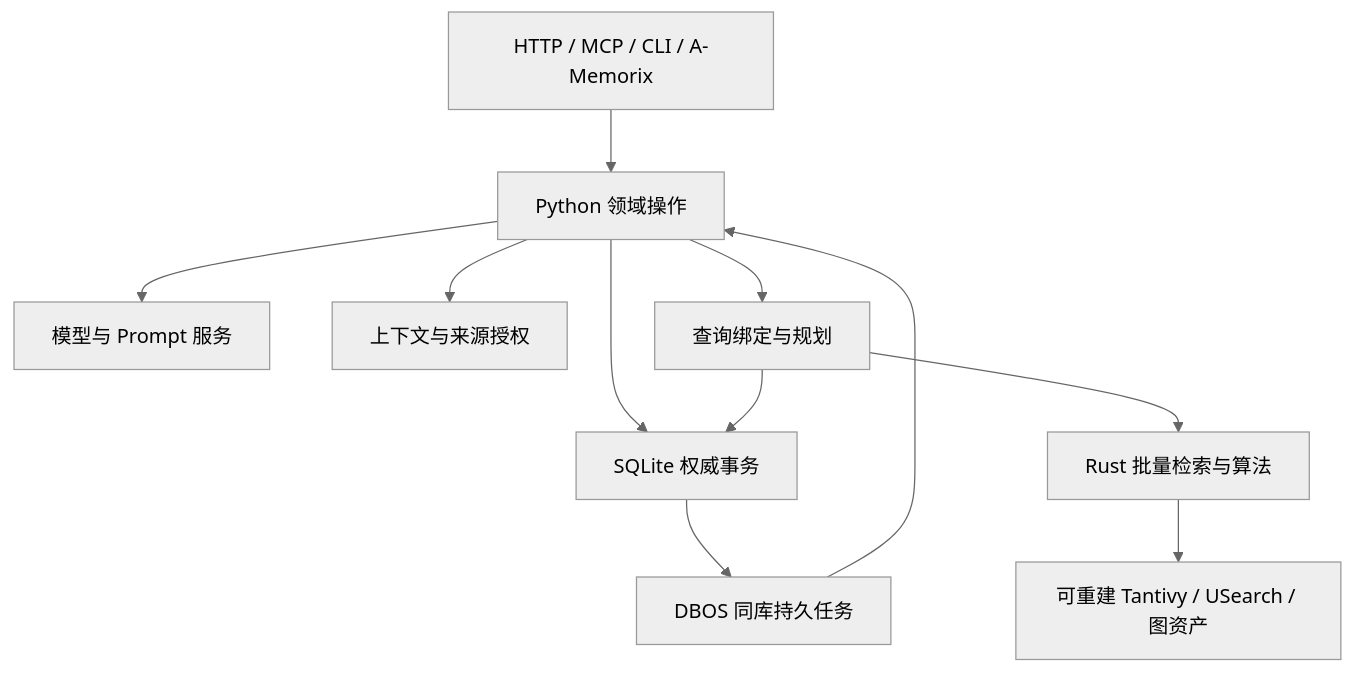
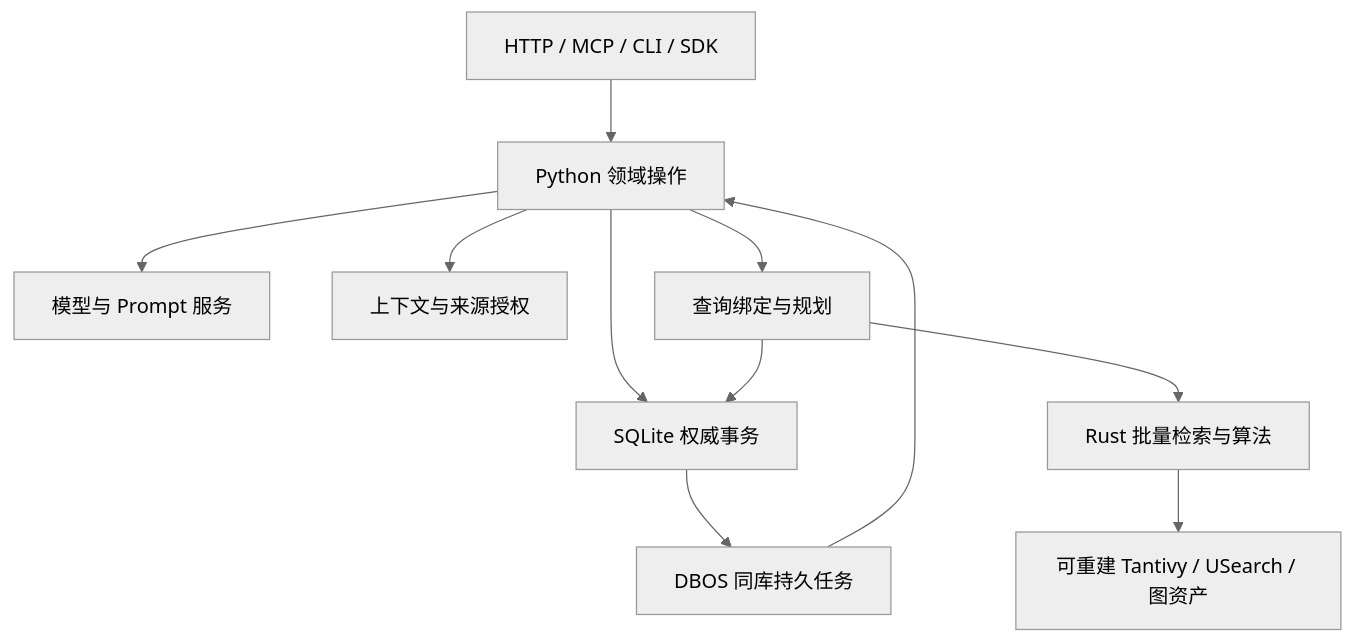
The diagram in docs/python-native-plan/design/architecture.md (Heptalogos-Devs/Nous), drawn with Mermaid (neutral theme) before and after one commit. The commit also changed other lines of this file and 1222 other files, not shown here.

````diff
--- a/docs/python-native-plan/design/architecture.md
+++ b/docs/python-native-plan/design/architecture.md
@@ -7,13 +7,13 @@
 ```mermaid
 flowchart TB
-  API[HTTP / MCP / CLI / A-Memorix] --> APP[Python 领域操作]
+  API[HTTP / MCP / CLI / SDK] --> APP[Python 领域操作]
   APP --> DB[SQLite 权威事务]
   APP --> MODEL[模型与 Prompt 服务]
   APP --> CTX[上下文与来源授权]
   APP --> PLAN[查询绑定与规划]
   PLAN --> NATIVE[Rust 批量检索与算法]
   NATIVE --> INDEX[可重建 Tantivy / USearch / 图资产]
   DB --> JOB[DBOS 同库持久任务]
   JOB --> APP
   PLAN --> DB
 ```
````
